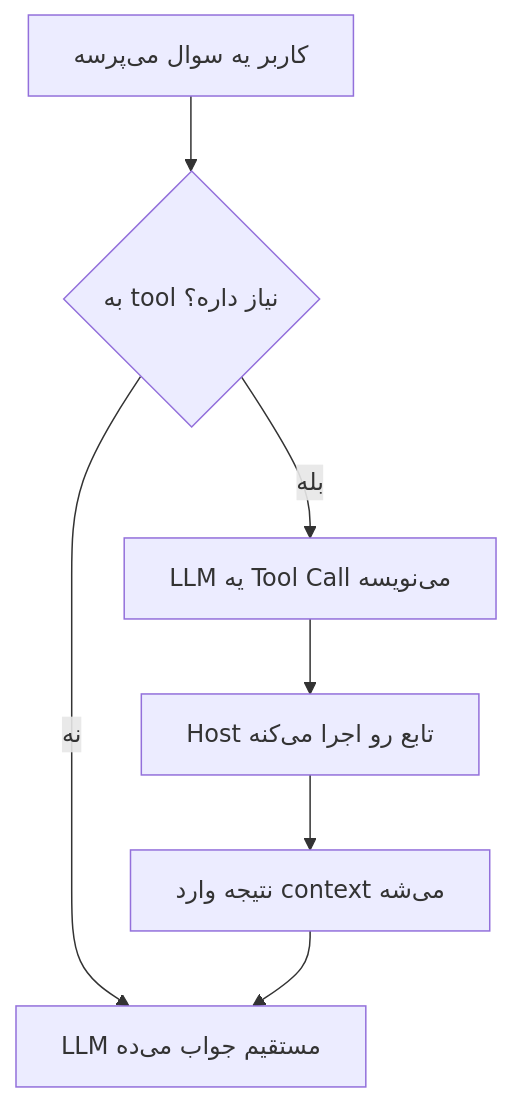
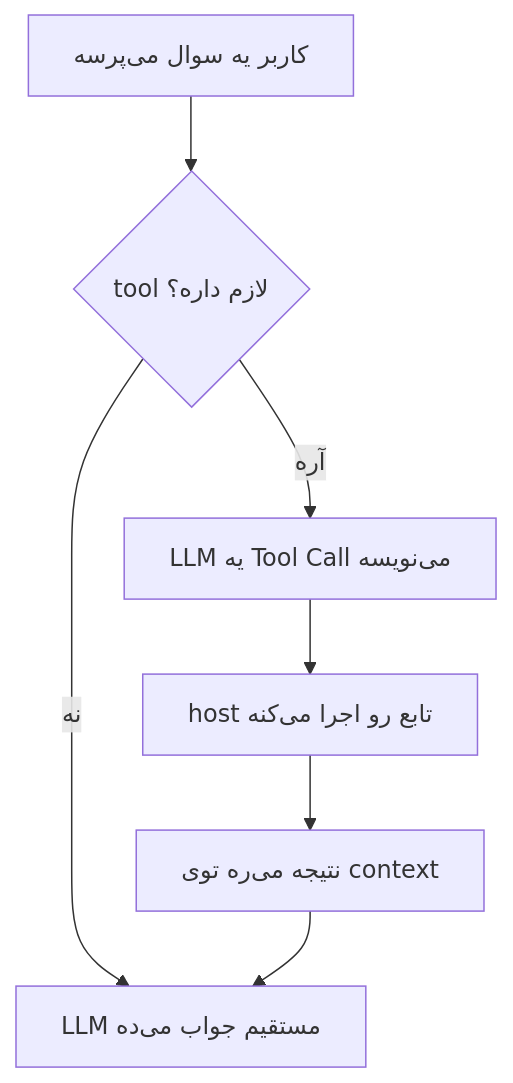
One commit to lokumai/ai-engineering-bazaar changed the first of 2 diagrams in mini-courses/1_fundamentals/tools_fa.md. Above: the diagram before and after it, drawn with Mermaid. The commit also changed other lines of this file and 82 other files, not shown here.

````diff
--- a/mini-courses/1_fundamentals/tools_fa.md
+++ b/mini-courses/1_fundamentals/tools_fa.md
@@ -227,9 +229,9 @@
 ```mermaid
 graph TD
-    A["کاربر یه سوال می‌پرسه"] --> B{"به tool نیاز داره؟"}
+    A["کاربر یه سوال می‌پرسه"] --> B{"tool لازم داره؟"}
     B -->|نه| F["LLM مستقیم جواب می‌ده"]
-    B -->|بله| C["LLM یه Tool Call می‌نویسه"]
-    C --> D["Host تابع رو اجرا می‌کنه"]
-    D --> E["نتیجه وارد context می‌شه"]
+    B -->|آره| C["LLM یه Tool Call می‌نویسه"]
+    C --> D["host تابع رو اجرا می‌کنه"]
+    D --> E["نتیجه می‌ره توی context"]
     E --> F
 ```
````
